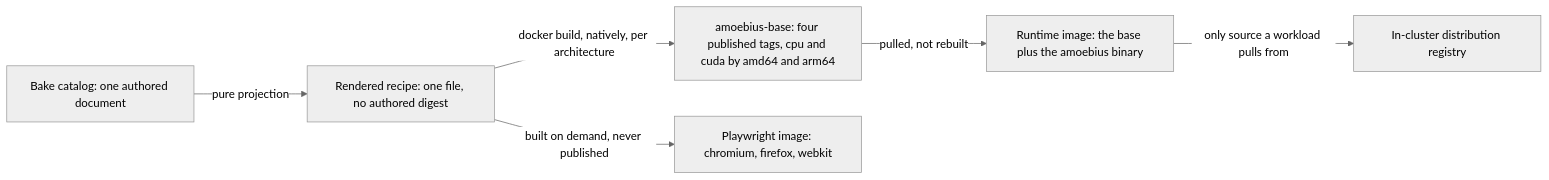
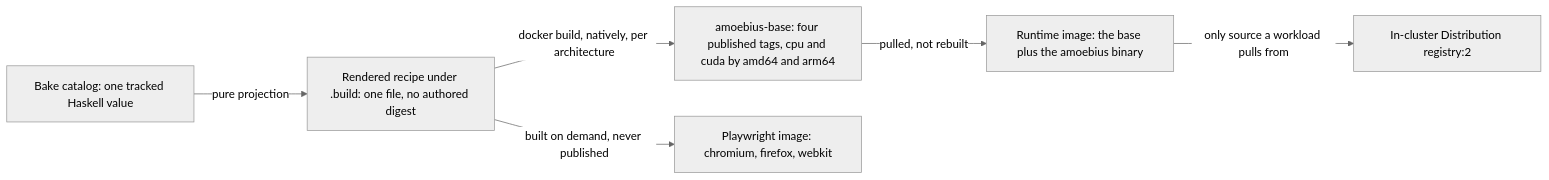
The first of 2 diagrams in documents/engineering/image_build_doctrine.md (Tuee22/amoebius), drawn with Mermaid (neutral theme) before and after one commit. The commit also changed other lines of this file and 219 other files, not shown here.

````diff
--- a/documents/engineering/image_build_doctrine.md
+++ b/documents/engineering/image_build_doctrine.md
@@ -83,9 +86,9 @@
 ```mermaid
 flowchart LR
 %% register: orientation
-  cat[Bake catalog: one authored document] -->|pure projection| rec[Rendered recipe: one file, no authored digest]
+  cat[Bake catalog: one tracked Haskell value] -->|pure projection| rec[Rendered recipe under .build: one file, no authored digest]
   rec -->|docker build, natively, per architecture| base[amoebius-base: four published tags, cpu and cuda by amd64 and arm64]
   base -->|pulled, not rebuilt| runtime[Runtime image: the base plus the amoebius binary]
   rec -->|built on demand, never published| pw[Playwright image: chromium, firefox, webkit]
-  runtime -->|only source a workload pulls from| reg[In-cluster distribution registry]
+  runtime -->|only source a workload pulls from| reg[In-cluster Distribution registry:2]
 ```
````
